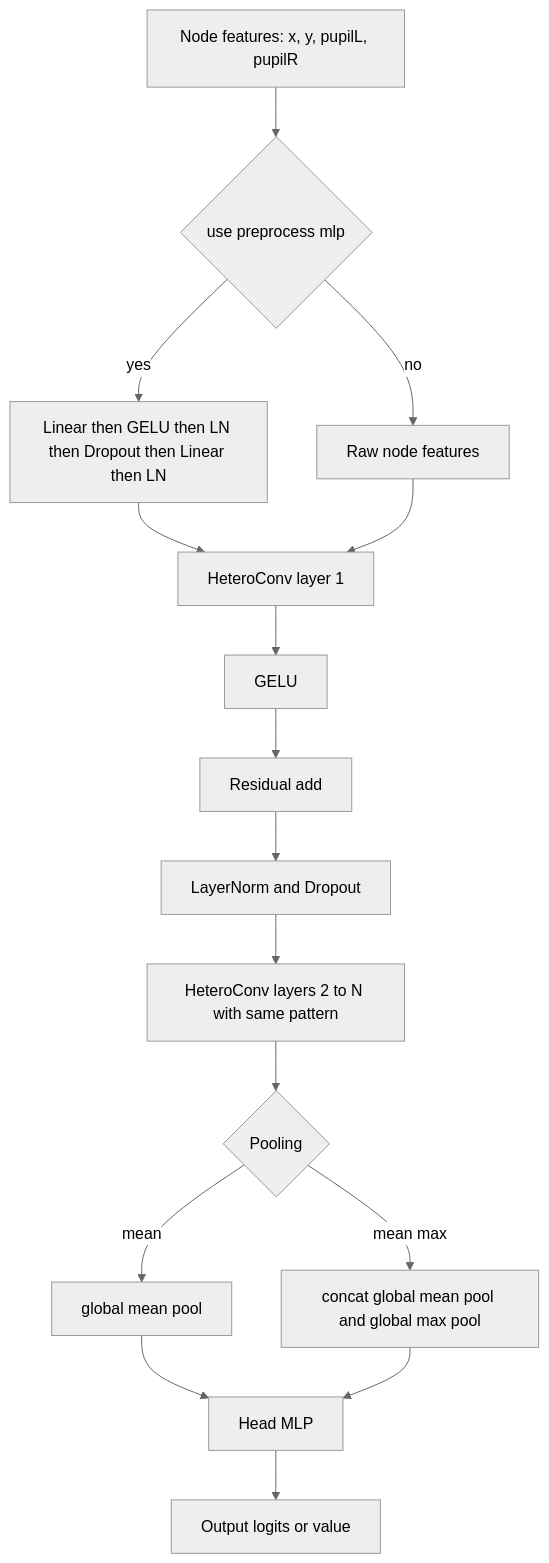
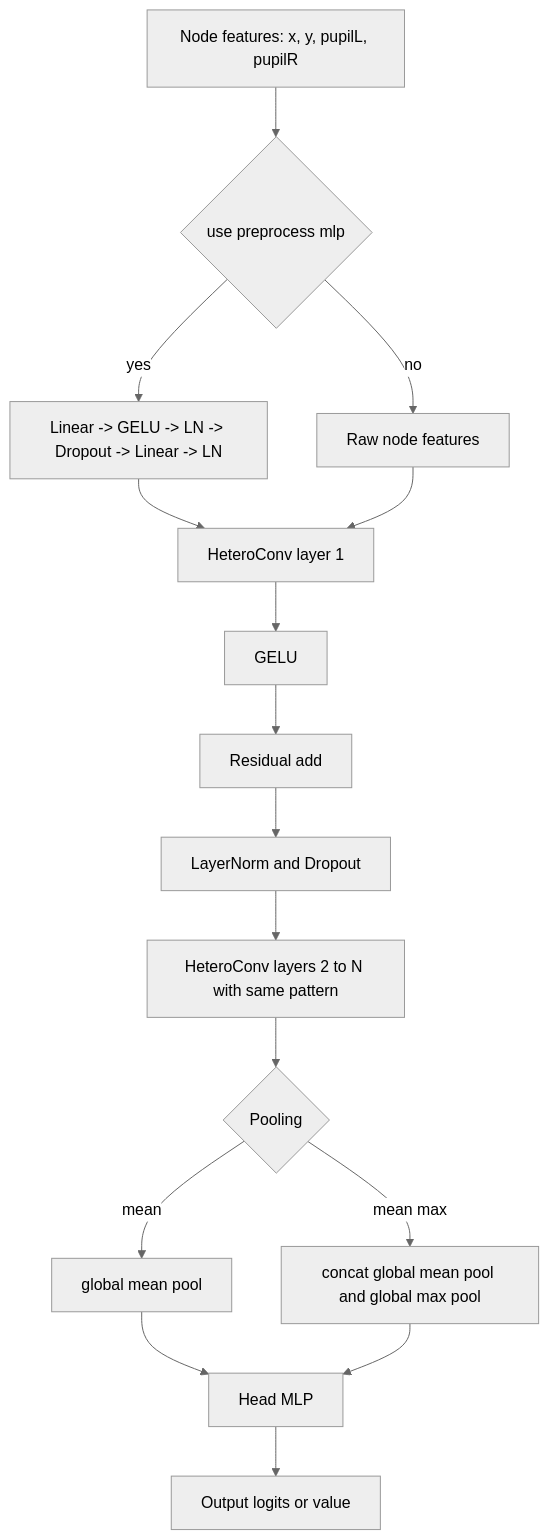
One commit to Space0code/GFM-for-eyetracker changed the diagram in docs/appendix/gnn_architecture_and_training.md. Above: the diagram before and after it, drawn with Mermaid (neutral theme). The commit also changed other lines of this file and 8 other files, not shown here.

Commit message:
Refine documentation and data descriptions in README and appendix files; clarify dataset details, experiment findings, and GNN architecture specifics.

````diff
--- a/docs/appendix/gnn_architecture_and_training.md
+++ b/docs/appendix/gnn_architecture_and_training.md
@@ -11,18 +11,18 @@
 ```mermaid
 flowchart TD
     A["Node features: x, y, pupilL, pupilR"] --> B{"use preprocess mlp"}
-    B -->|yes| C["Linear then GELU then LN then Dropout then Linear then LN"]
+    B -->|yes| C["Linear -> GELU -> LN -> Dropout -> Linear -> LN"]
     B -->|no| D["Raw node features"]
     C --> E["HeteroConv layer 1"]
     D --> E
     E --> F["GELU"]
     F --> G["Residual add"]
     G --> H["LayerNorm and Dropout"]
     H --> I["HeteroConv layers 2 to N with same pattern"]
     I --> J{"Pooling"}
     J -->|mean| K["global mean pool"]
     J -->|mean max| L["concat global mean pool and global max pool"]
     K --> M["Head MLP"]
     L --> M
     M --> N["Output logits or value"]
 ```
````
